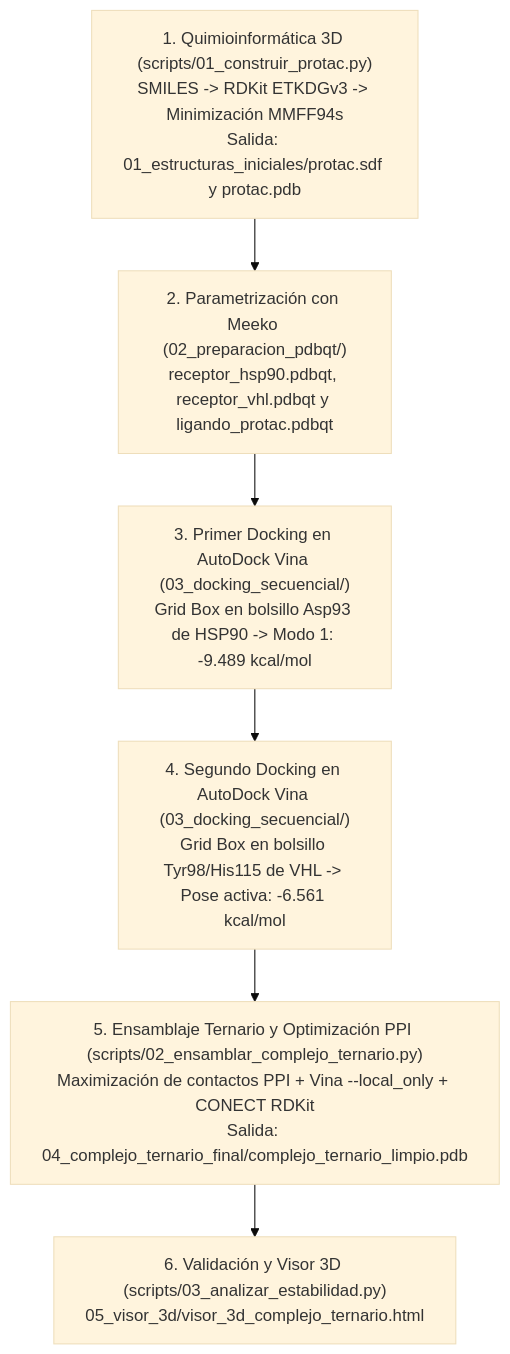
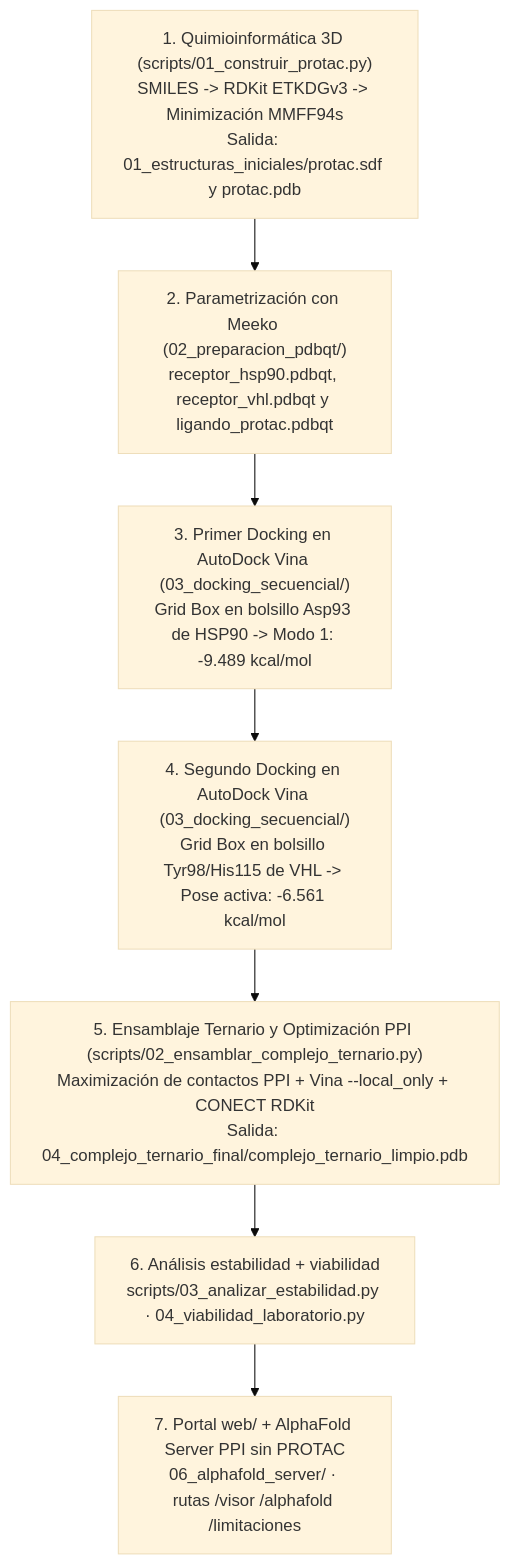
Before and after one commit to bue221/protac_cancer_mama: the second of 2 diagrams in README.md, drawn with Mermaid (base theme). The commit also changed other lines of this file and 38 other files, not shown here.

First line of the commit message:
feat(web): archive AlphaFold PPI evidence and harden thesis portal

````diff
--- a/README.md
+++ b/README.md
@@ -70,8 +74,9 @@
 ```mermaid
 flowchart TD
     A["1. Quimioinformática 3D (scripts/01_construir_protac.py)<br/>SMILES -> RDKit ETKDGv3 -> Minimización MMFF94s<br/>Salida: 01_estructuras_iniciales/protac.sdf y protac.pdb"] --> B["2. Parametrización con Meeko (02_preparacion_pdbqt/)<br/>receptor_hsp90.pdbqt, receptor_vhl.pdbqt y ligando_protac.pdbqt"]
     B --> C["3. Primer Docking en AutoDock Vina (03_docking_secuencial/)<br/>Grid Box en bolsillo Asp93 de HSP90 -> Modo 1: -9.489 kcal/mol"]
     C --> D["4. Segundo Docking en AutoDock Vina (03_docking_secuencial/)<br/>Grid Box en bolsillo Tyr98/His115 de VHL -> Pose activa: -6.561 kcal/mol"]
     D --> E["5. Ensamblaje Ternario y Optimización PPI (scripts/02_ensamblar_complejo_ternario.py)<br/>Maximización de contactos PPI + Vina --local_only + CONECT RDKit<br/>Salida: 04_complejo_ternario_final/complejo_ternario_limpio.pdb"]
-    E --> F["6. Validación y Visor 3D (scripts/03_analizar_estabilidad.py)<br/>05_visor_3d/visor_3d_complejo_ternario.html"]
+    E --> F["6. Análisis estabilidad + viabilidad<br/>scripts/03_analizar_estabilidad.py · 04_viabilidad_laboratorio.py"]
+    F --> G["7. Portal web/ + AlphaFold Server PPI sin PROTAC<br/>06_alphafold_server/ · rutas /visor /alphafold /limitaciones"]
 ```
````
